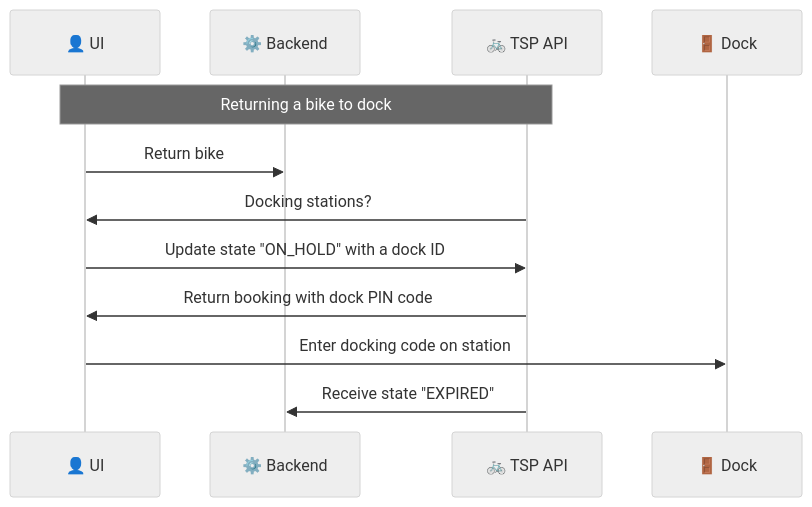
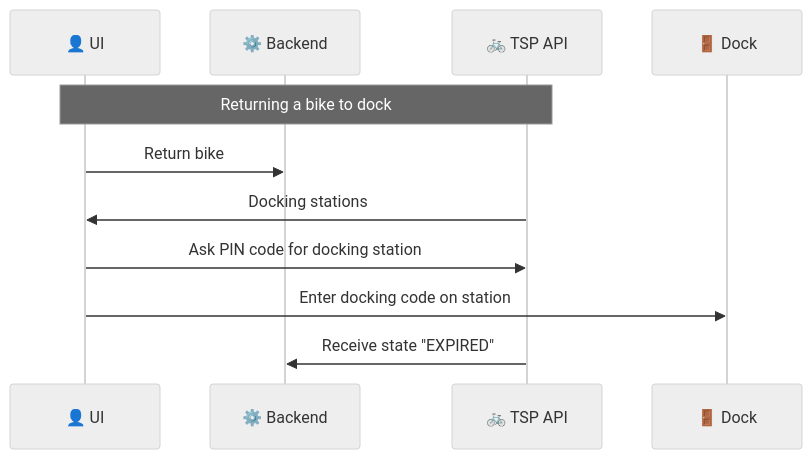
Before and after one commit to maasglobal/maas-tsp-api: the diagram in specs/workflow/docked-bike-return.mmd, drawn with Mermaid (neutral theme). The commit also changed 1 other file, not shown here.

Commit message:
Don't use ON_HOLD for docking a bike

```diff
--- a/specs/workflow/docked-bike-return.mmd
+++ b/specs/workflow/docked-bike-return.mmd
@@ -1,14 +1,13 @@
 sequenceDiagram
   %% MermaidJS sequence on how returning a bike to dock station works
   %% when you need to enter PIN to put the bike in the dock
   participant User as 👤 UI
   participant App as ⚙️ Backend
   participant TSP as 🚲 TSP API
   participant Dock as 🚪 Dock
   Note over User,TSP: Returning a bike to dock
   User->>App: Return bike
-  TSP->>User: Docking stations?
-  User->>TSP: Update state "ON_HOLD" with a dock ID
-  TSP->>User: Return booking with dock PIN code
+  TSP->>User: Docking stations
+  User->>TSP: Ask PIN code for docking station
   User->>Dock: Enter docking code on station
   TSP->>App: Receive state "EXPIRED"
```
